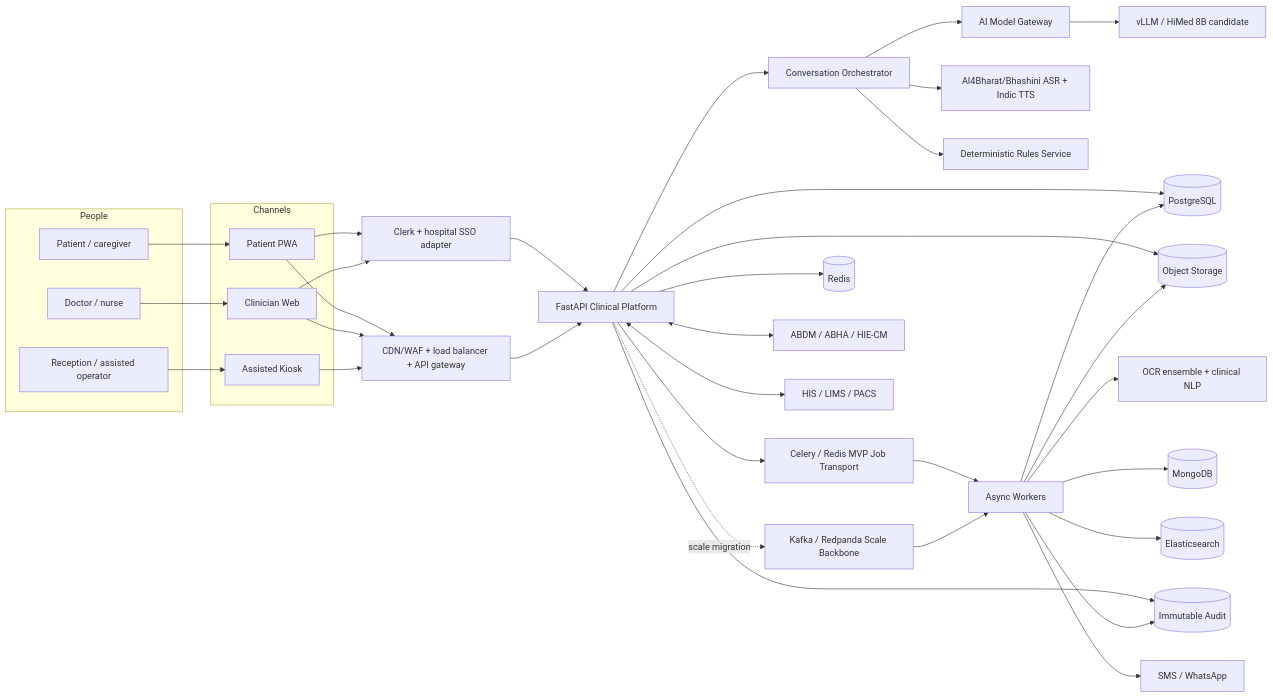
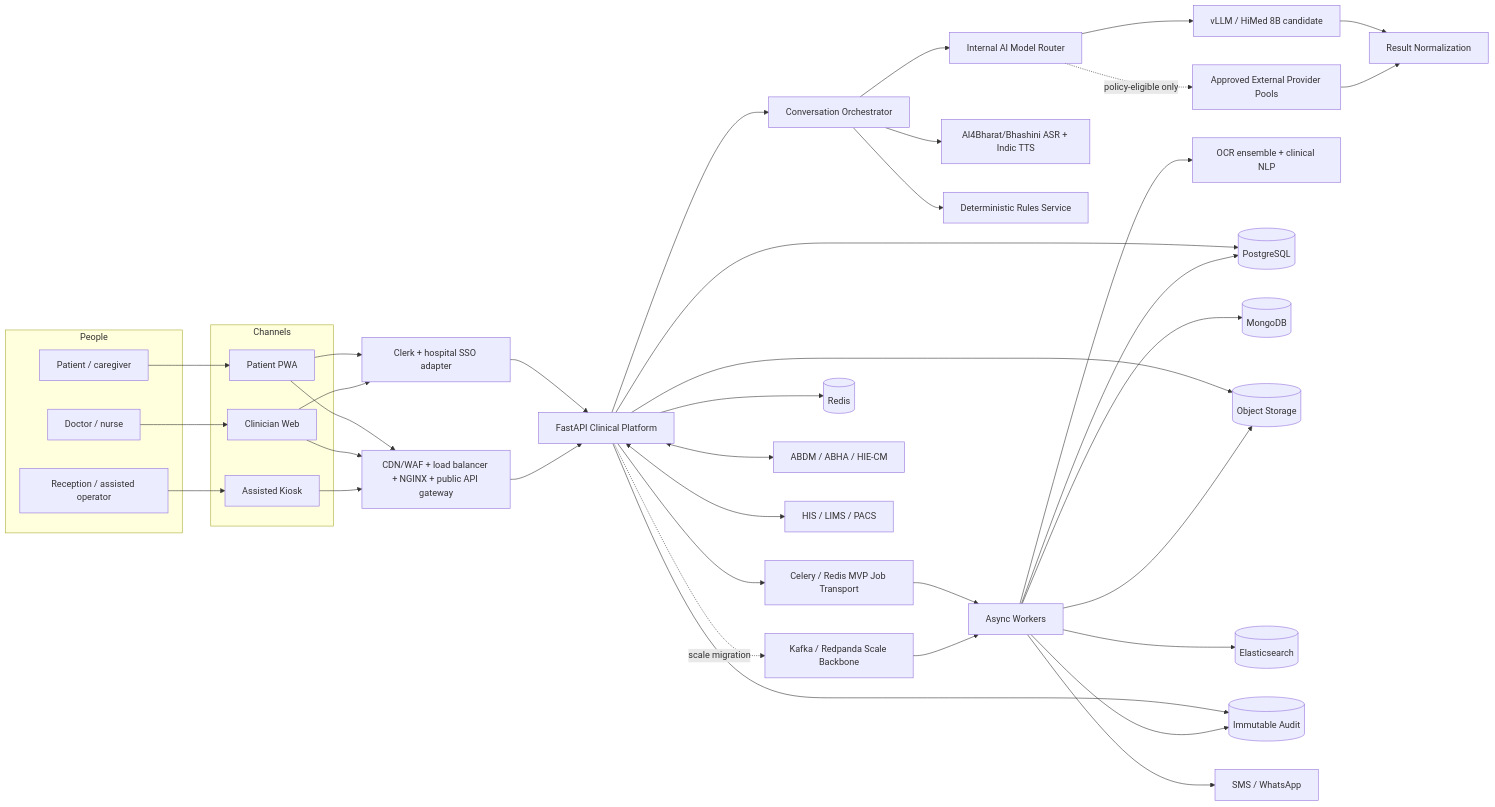
Before and after one commit to shivamsingh-007/NotMID: the second of 3 diagrams in patient-case-taking-platform/CONTEXT-GRAPH.md, drawn with Mermaid. The commit also changed other lines of this file and 11 other files, not shown here.

````diff
--- a/patient-case-taking-platform/CONTEXT-GRAPH.md
+++ b/patient-case-taking-platform/CONTEXT-GRAPH.md
@@ -48,69 +48,74 @@
 ```mermaid
 flowchart LR
     subgraph USERS["People"]
         P["Patient / caregiver"]
         C["Doctor / nurse"]
         R["Reception / assisted operator"]
     end
 
     subgraph CHANNELS["Channels"]
         PP["Patient PWA"]
         CW["Clinician Web"]
         AK["Assisted Kiosk"]
     end
 
     CLERK["Clerk + hospital SSO adapter"]
-    EDGE["CDN/WAF + load balancer + API gateway"]
+    EDGE["CDN/WAF + load balancer + NGINX + public API gateway"]
     CORE["FastAPI Clinical Platform"]
     CONV["Conversation Orchestrator"]
-    AI["AI Model Gateway"]
+    AI["Internal AI Model Router"]
     VLLM["vLLM / HiMed 8B candidate"]
+    EXT["Approved External Provider Pools"]
+    NORMALIZE["Result Normalization"]
     SPEECH["AI4Bharat/Bhashini ASR + Indic TTS"]
     OCR["OCR ensemble + clinical NLP"]
     RULES["Deterministic Rules Service"]
     JOBS["Celery / Redis MVP Job Transport"]
     BUS["Kafka / Redpanda Scale Backbone"]
     WORKERS["Async Workers"]
     PG[("PostgreSQL")]
     MONGO[("MongoDB")]
     OBJ[("Object Storage")]
     REDIS[("Redis")]
     SEARCH[("Elasticsearch")]
     AUDIT[("Immutable Audit")]
     ABDM["ABDM / ABHA / HIE-CM"]
     HOSP["HIS / LIMS / PACS"]
     MSG["SMS / WhatsApp"]
 
     P --> PP
     C --> CW
     R --> AK
     PP --> EDGE
     CW --> EDGE
     AK --> EDGE
     PP --> CLERK
     CW --> CLERK
     CLERK --> CORE
     EDGE --> CORE
     CORE --> CONV
     CONV --> AI
     AI --> VLLM
+    AI -. policy-eligible only .-> EXT
+    VLLM --> NORMALIZE
+    EXT --> NORMALIZE
     CONV --> SPEECH
     WORKERS --> OCR
     CONV --> RULES
     CORE --> PG
     WORKERS --> MONGO
     CORE --> REDIS
     CORE --> OBJ
     CORE --> JOBS
     CORE -. scale migration .-> BUS
     JOBS --> WORKERS
     BUS --> WORKERS
     WORKERS --> OBJ
     WORKERS --> PG
     WORKERS --> SEARCH
     CORE --> AUDIT
     WORKERS --> AUDIT
     CORE <--> ABDM
     CORE <--> HOSP
     WORKERS --> MSG
 ```
````
